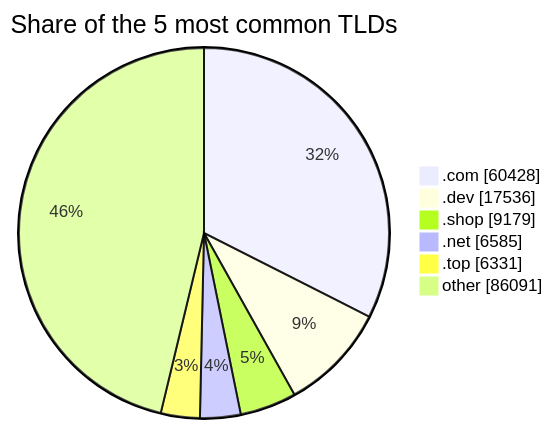
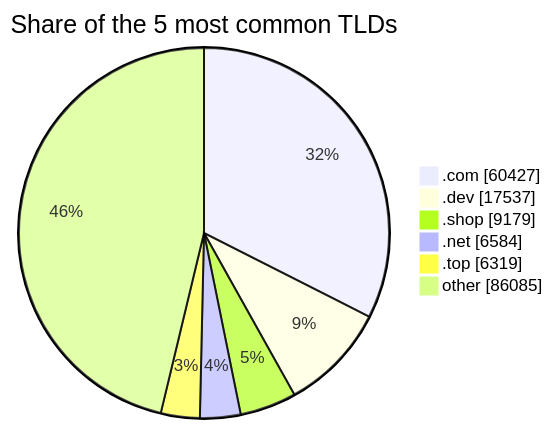
Before and after one commit to DNSBunker/CTI: the third of 3 diagrams in README.md, drawn with Mermaid. The commit also changed other lines of this file and 3 other files, not shown here.

````diff
--- a/README.md
+++ b/README.md
@@ -81,9 +81,9 @@
 ```mermaid
 pie showData title Share of the 5 most common TLDs
-    ".com" : 60428
-    ".dev" : 17536
+    ".com" : 60427
+    ".dev" : 17537
     ".shop" : 9179
-    ".net" : 6585
-    ".top" : 6331
-    "other" : 86091
+    ".net" : 6584
+    ".top" : 6319
+    "other" : 86085
 ```
````
